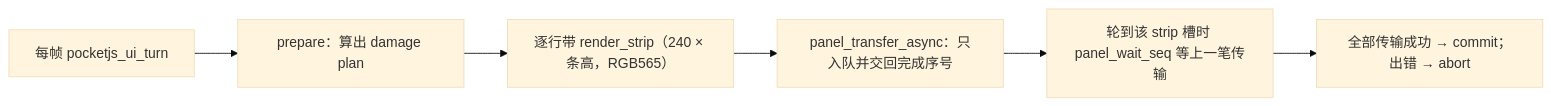
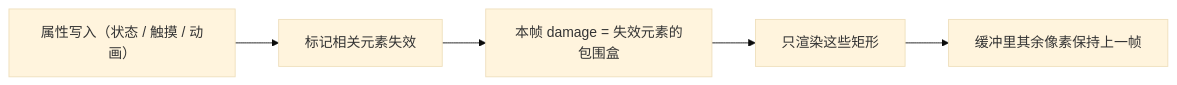
The ninth of 9 diagrams in docs/ARCHITECTURE.md (slime7/remapad), drawn with Mermaid (base theme) before and after one commit. The commit also changed other lines of this file and 196 other files, not shown here.

````diff
--- a/docs/ARCHITECTURE.md
+++ b/docs/ARCHITECTURE.md
@@ -317,8 +327,7 @@
 ```mermaid
 flowchart LR
-    Turn["每帧 pocketjs_ui_turn"] --> Plan["prepare：算出 damage plan"]
-    Plan --> Strip["逐行带 render_strip（240 × 条高，RGB565）"]
-    Strip --> Submit["panel_transfer_async：只入队并交回完成序号"]
-    Submit --> Wait["轮到该 strip 槽时 panel_wait_seq 等上一笔传输"]
-    Wait --> Commit["全部传输成功 → commit；出错 → abort"]
+    Prop["属性写入（状态 / 触摸 / 动画）"] --> Invalidate["标记相关元素失效"]
+    Invalidate --> Damage["本帧 damage = 失效元素的包围盒"]
+    Damage --> Render["只渲染这些矩形"]
+    Render --> Keep["缓冲里其余像素保持上一帧"]
 ```
````
